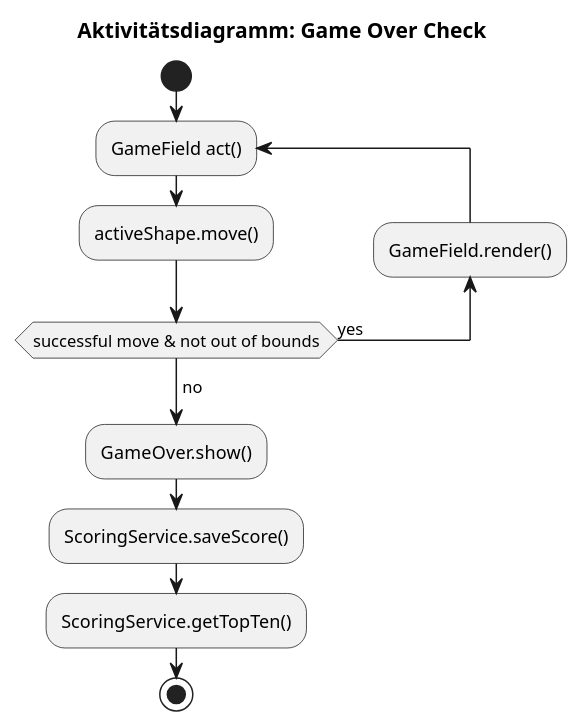
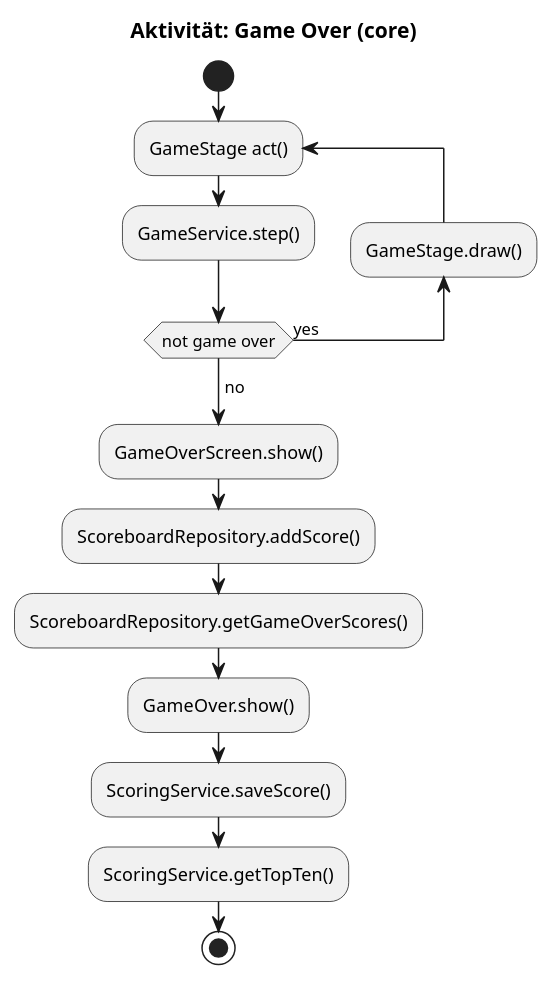
Before and after one commit to Noah-Martinez/Tetrix: the diagram in docs/uml/GameOver.puml, drawn with PlantUML. The commit also changed 6 other files, not shown here.

Commit message:
CHORE: update-architecture - Updating architecture documentation

```diff
--- a/docs/uml/GameOver.puml
+++ b/docs/uml/GameOver.puml
@@ -1,15 +1,18 @@
 @startuml
-title Aktivitätsdiagramm: Game Over Check
+title Aktivität: Game Over (core)
 
 start
-repeat :GameField act();
-    :activeShape.move();
-    backward :GameField.render();
+repeat :GameStage act();
+    :GameService.step();
+    backward :GameStage.draw();
     label initPoint
-repeat while (successful move & not out of bounds) is (yes)
+repeat while (not game over) is (yes)
 ->no;
+:GameOverScreen.show();
+:ScoreboardRepository.addScore();
+:ScoreboardRepository.getGameOverScores();
 :GameOver.show();
 :ScoringService.saveScore();
 :ScoringService.getTopTen();
 stop
 @enduml
```
